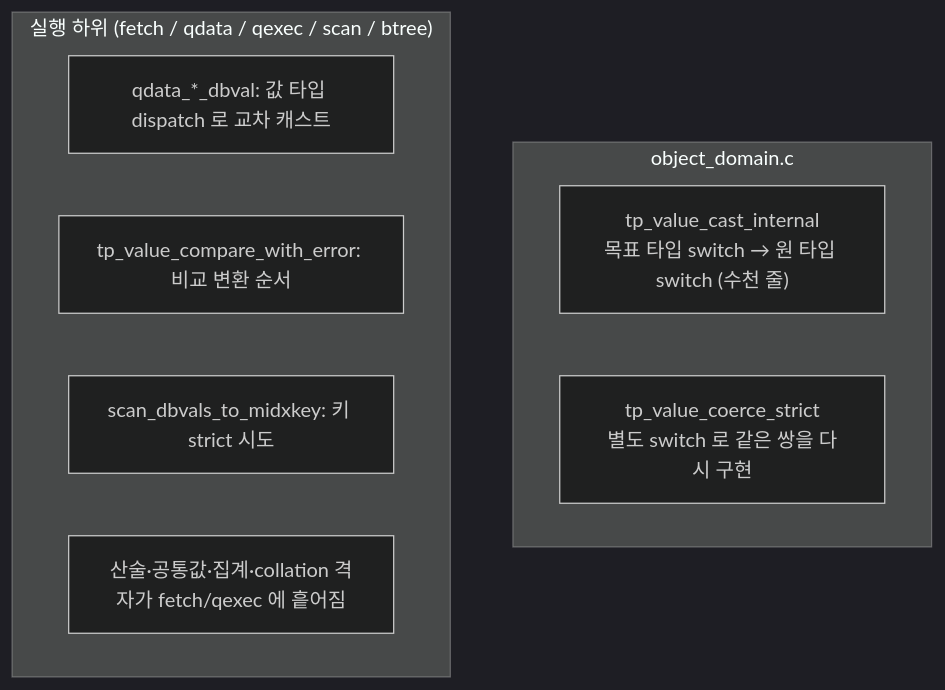
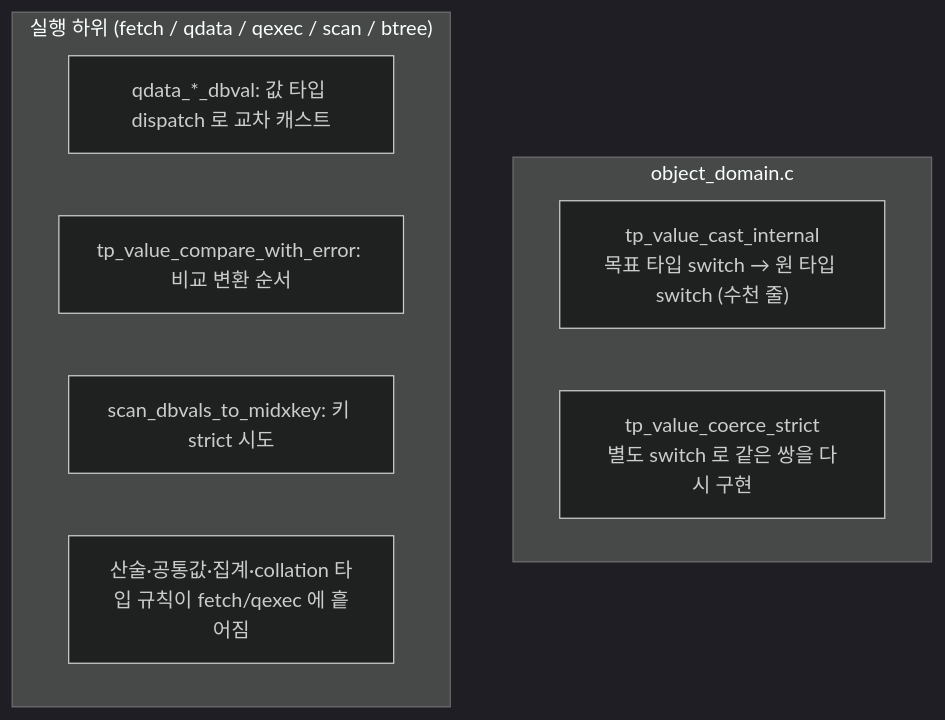
Before and after one commit to xmilex-git/workspace: diagram 19 of 20 in docs/research/pr8022-architecture-diagrams.md, drawn with Mermaid (dark theme). The commit also changed other lines of this file, not shown here.

First line of the commit message:
docs: PR 8022 diagrams in the CONTEXT.md vocabulary

````diff
--- a/docs/research/pr8022-architecture-diagrams.md
+++ b/docs/research/pr8022-architecture-diagrams.md
@@ -387,13 +387,13 @@
 ```mermaid
 flowchart TB
   subgraph OD["object_domain.c"]
     A["tp_value_cast_internal<br/>목표 타입 switch → 원 타입 switch (수천 줄)"]
     B["tp_value_coerce_strict<br/>별도 switch 로 같은 쌍을 다시 구현"]
   end
   subgraph EXE["실행 하위 (fetch / qdata / qexec / scan / btree)"]
     C["qdata_*_dbval: 값 타입 dispatch 로 교차 캐스트"]
     D["tp_value_compare_with_error: 비교 변환 순서"]
     E["scan_dbvals_to_midxkey: 키 strict 시도"]
-    F["산술·공통값·집계·collation 격자가 fetch/qexec 에 흩어짐"]
+    F["산술·공통값·집계·collation 타입 규칙이 fetch/qexec 에 흩어짐"]
   end
 ```
````
